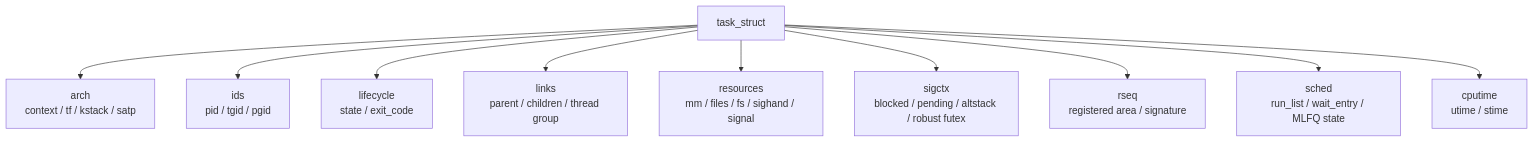
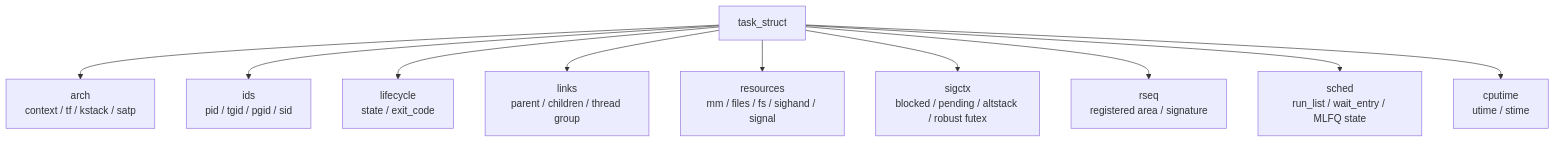
The first of 4 diagrams in docs/architecture/task.md (pillow-zx/CuteOS), drawn with Mermaid before and after one commit. The commit also changed other lines of this file and 26 other files, not shown here.

````diff
--- a/docs/architecture/task.md
+++ b/docs/architecture/task.md
@@ -9,23 +9,23 @@
 ```mermaid
 flowchart TB
     Task["task_struct"]
     Arch["arch<br/>context / tf / kstack / satp"]
-    IDs["ids<br/>pid / tgid / pgid"]
+    IDs["ids<br/>pid / tgid / pgid / sid"]
     Life["lifecycle<br/>state / exit_code"]
     Links["links<br/>parent / children / thread group"]
     Res["resources<br/>mm / files / fs / sighand / signal"]
     Sig["sigctx<br/>blocked / pending / altstack / robust futex"]
     Rseq["rseq<br/>registered area / signature"]
     Sched["sched<br/>run_list / wait_entry / MLFQ state"]
     Time["cputime<br/>utime / stime"]
 
     Task --> Arch
     Task --> IDs
     Task --> Life
     Task --> Links
     Task --> Res
     Task --> Sig
     Task --> Rseq
     Task --> Sched
     Task --> Time
 ```
````
